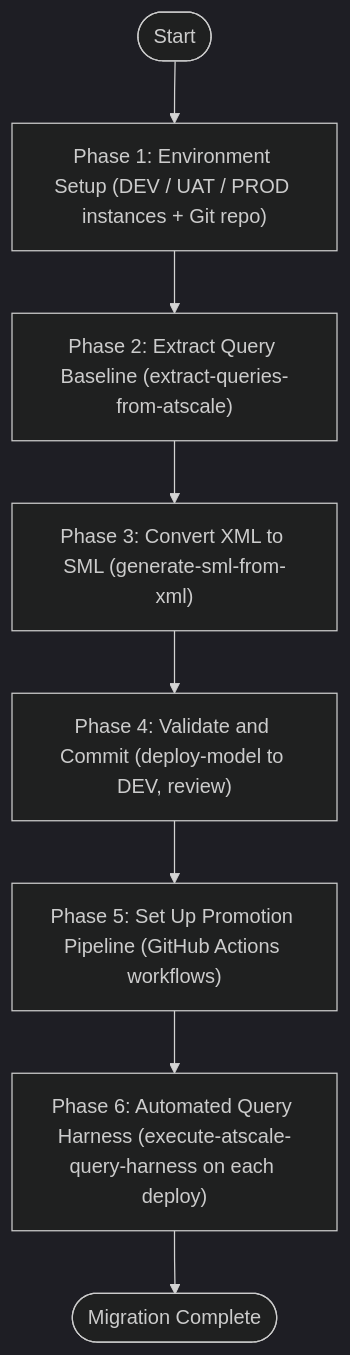
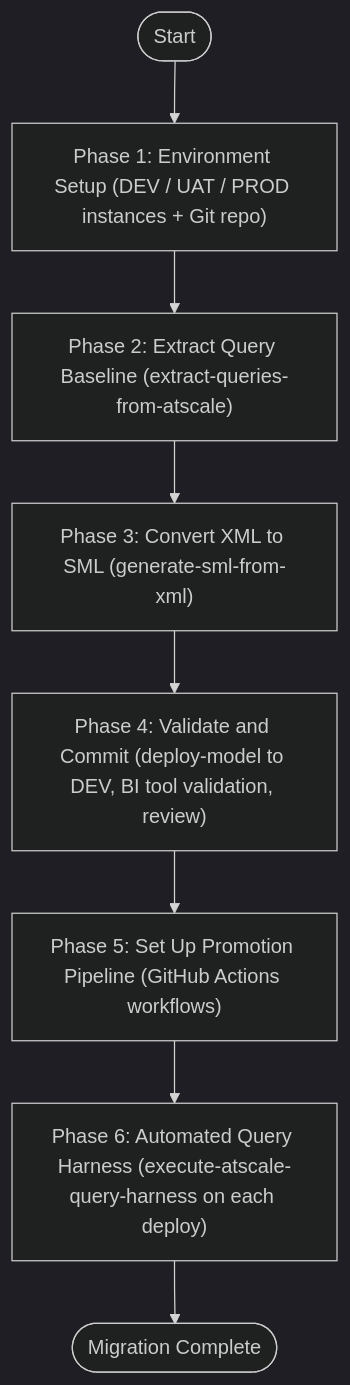
One commit to AtScaleInc/ps-utils changed the second of 4 diagrams in docs/MIGRATE.md. Above: the diagram before and after it, drawn with Mermaid (dark theme). The commit also changed other lines of this file and 4 other files, not shown here.

````diff
--- a/docs/MIGRATE.md
+++ b/docs/MIGRATE.md
@@ -93,10 +95,10 @@
 ```mermaid
 flowchart TD
     A([Start]) --> B["Phase 1: Environment Setup (DEV / UAT / PROD instances + Git repo)"]
     B --> C["Phase 2: Extract Query Baseline (extract-queries-from-atscale)"]
     C --> D["Phase 3: Convert XML to SML (generate-sml-from-xml)"]
-    D --> E["Phase 4: Validate and Commit (deploy-model to DEV, review)"]
+    D --> E["Phase 4: Validate and Commit (deploy-model to DEV, BI tool validation, review)"]
     E --> F["Phase 5: Set Up Promotion Pipeline (GitHub Actions workflows)"]
     F --> G["Phase 6: Automated Query Harness (execute-atscale-query-harness on each deploy)"]
     G --> H([Migration Complete])
 ```
````
